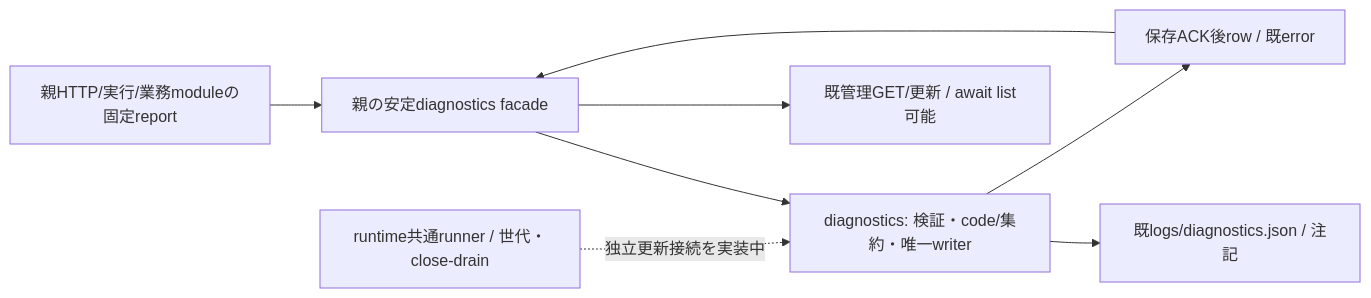
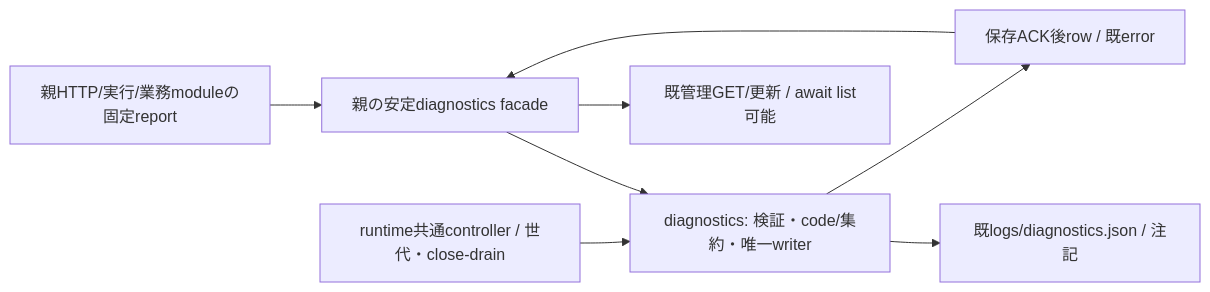
Before and after one commit to kitepon/BellTeam: the diagram in docs/architecture/modules/diagnostics/README.md, drawn with Mermaid. The commit also changed other lines of this file and 5 other files, not shown here.

````diff
--- a/docs/architecture/modules/diagnostics/README.md
+++ b/docs/architecture/modules/diagnostics/README.md
@@ -7,10 +7,10 @@
 ```mermaid
 flowchart LR
   Parent[親HTTP/実行/業務moduleの固定report] --> Facade[親の安定diagnostics facade]
   Facade --> Writer[diagnostics: 検証・code/集約・唯一writer]
   Writer --> State[既logs/diagnostics.json / 注記]
   Writer --> Result[保存ACK後row / 既error]
   Result --> Facade
   Facade --> Admin[既管理GET/更新 / await list可能]
-  Runner[runtime共通runner / 世代・close-drain] -. 独立更新接続を実装中 .-> Writer
+  Runner[runtime共通controller / 世代・close-drain] --> Writer
 ```
````
